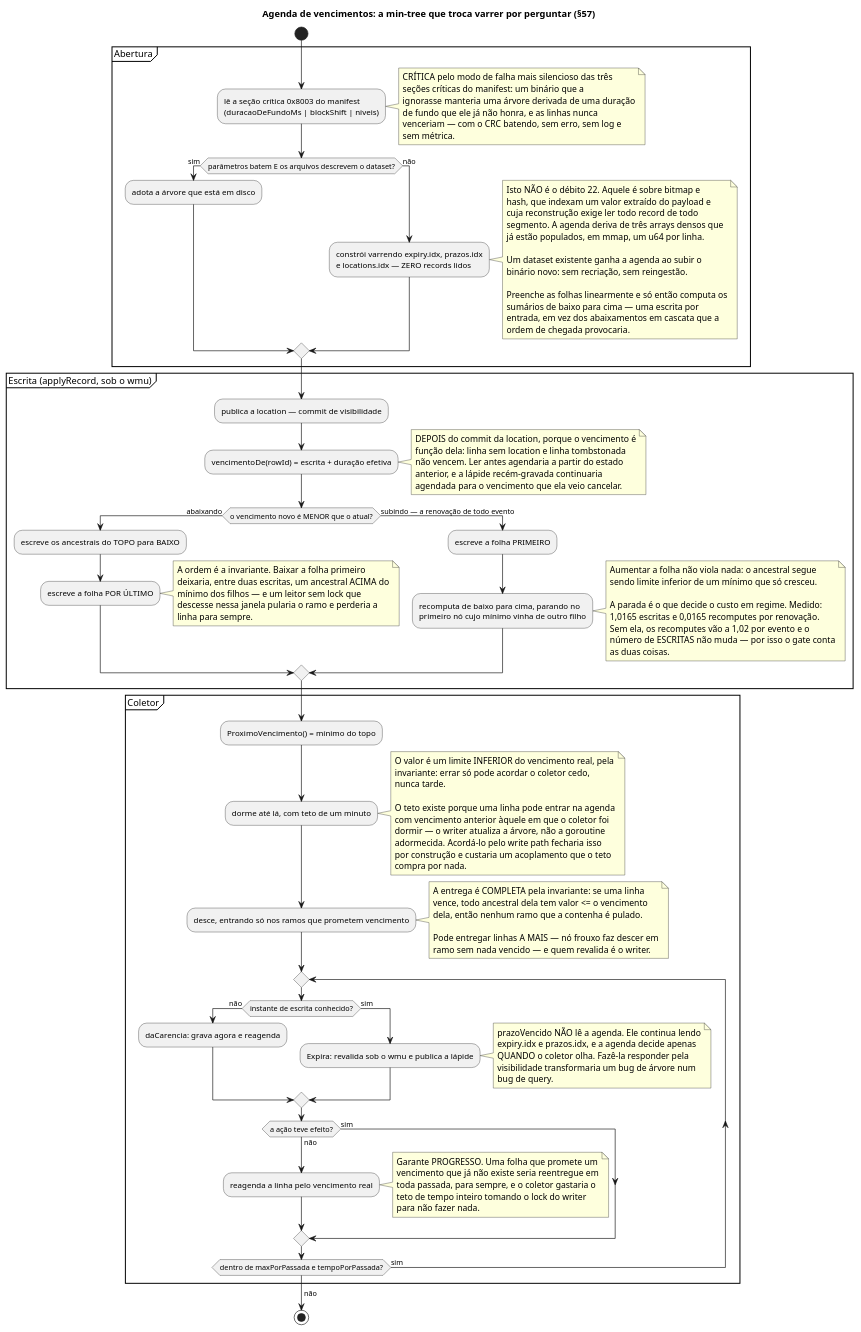
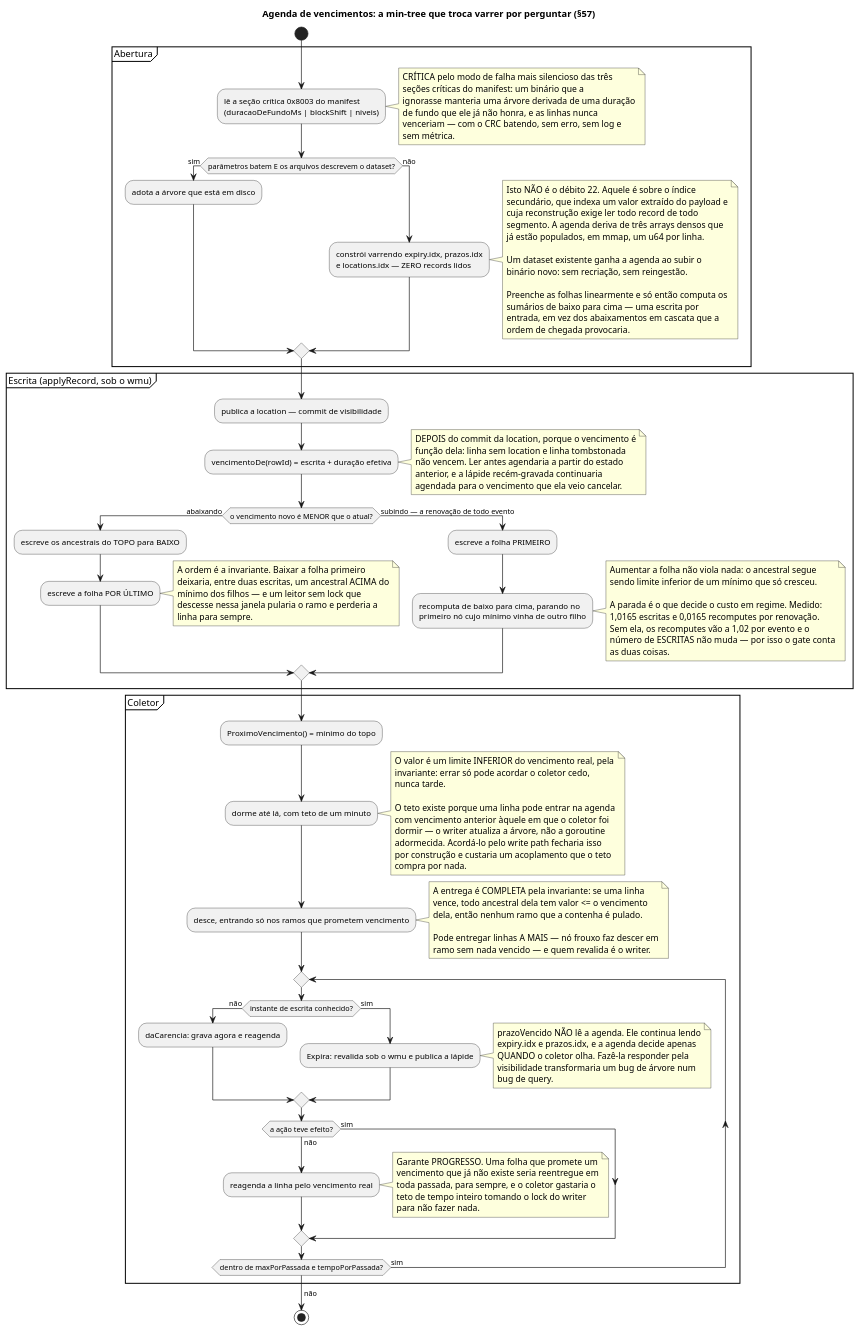
One commit to nishisan-dev/nishidb changed the diagram in docs/diagrams/expiracao_agenda.puml. Above: the diagram before and after it, drawn with PlantUML. The commit also changed 44 other files, not shown here.

```diff
--- a/docs/diagrams/expiracao_agenda.puml
+++ b/docs/diagrams/expiracao_agenda.puml
@@ -1,135 +1,135 @@
 @startuml expiracao_agenda
 title Agenda de vencimentos: a min-tree que troca varrer por perguntar (§57)
 
 start
 
 partition "Abertura" {
   :lê a seção crítica 0x8003 do manifest
   (duracaoDeFundoMs | blockShift | niveis);
   note right
     CRÍTICA pelo modo de falha mais silencioso das três
     seções críticas do manifest: um binário que a
     ignorasse manteria uma árvore derivada de uma duração
     de fundo que ele já não honra, e as linhas nunca
     venceriam — com o CRC batendo, sem erro, sem log e
     sem métrica.
   end note
 
   if (parâmetros batem E os arquivos descrevem o dataset?) then (sim)
     :adota a árvore que está em disco;
   else (não)
     :constrói varrendo expiry.idx, prazos.idx
     e locations.idx — ZERO records lidos;
     note right
-      Isto NÃO é o débito 22. Aquele é sobre bitmap e
-      hash, que indexam um valor extraído do payload e
+      Isto NÃO é o débito 22. Aquele é sobre o índice
+      secundário, que indexa um valor extraído do payload e
       cuja reconstrução exige ler todo record de todo
       segmento. A agenda deriva de três arrays densos que
       já estão populados, em mmap, um u64 por linha.
 
       Um dataset existente ganha a agenda ao subir o
       binário novo: sem recriação, sem reingestão.
 
       Preenche as folhas linearmente e só então computa os
       sumários de baixo para cima — uma escrita por
       entrada, em vez dos abaixamentos em cascata que a
       ordem de chegada provocaria.
     end note
   endif
 }
 
 partition "Escrita (applyRecord, sob o wmu)" {
   :publica a location — commit de visibilidade;
   :vencimentoDe(rowId) = escrita + duração efetiva;
   note right
     DEPOIS do commit da location, porque o vencimento é
     função dela: linha sem location e linha tombstonada
     não vencem. Ler antes agendaria a partir do estado
     anterior, e a lápide recém-gravada continuaria
     agendada para o vencimento que ela veio cancelar.
   end note
 
   if (o vencimento novo é MENOR que o atual?) then (abaixando)
     :escreve os ancestrais do TOPO para BAIXO;
     :escreve a folha POR ÚLTIMO;
     note right
       A ordem é a invariante. Baixar a folha primeiro
       deixaria, entre duas escritas, um ancestral ACIMA do
       mínimo dos filhos — e um leitor sem lock que
       descesse nessa janela pularia o ramo e perderia a
       linha para sempre.
     end note
   else (subindo — a renovação de todo evento)
     :escreve a folha PRIMEIRO;
     :recomputa de baixo para cima, parando no
     primeiro nó cujo mínimo vinha de outro filho;
     note right
       Aumentar a folha não viola nada: o ancestral segue
       sendo limite inferior de um mínimo que só cresceu.
 
       A parada é o que decide o custo em regime. Medido:
       1,0165 escritas e 0,0165 recomputes por renovação.
       Sem ela, os recomputes vão a 1,02 por evento e o
       número de ESCRITAS não muda — por isso o gate conta
       as duas coisas.
     end note
   endif
 }
 
 partition "Coletor" {
   :ProximoVencimento() = mínimo do topo;
   :dorme até lá, com teto de um minuto;
   note right
     O valor é um limite INFERIOR do vencimento real, pela
     invariante: errar só pode acordar o coletor cedo,
     nunca tarde.
 
     O teto existe porque uma linha pode entrar na agenda
     com vencimento anterior àquele em que o coletor foi
     dormir — o writer atualiza a árvore, não a goroutine
     adormecida. Acordá-lo pelo write path fecharia isso
     por construção e custaria um acoplamento que o teto
     compra por nada.
   end note
 
   :desce, entrando só nos ramos que prometem vencimento;
   note right
     A entrega é COMPLETA pela invariante: se uma linha
     vence, todo ancestral dela tem valor <= o vencimento
     dela, então nenhum ramo que a contenha é pulado.
 
     Pode entregar linhas A MAIS — nó frouxo faz descer em
     ramo sem nada vencido — e quem revalida é o writer.
   end note
 
   repeat
     if (instante de escrita conhecido?) then (não)
       :daCarencia: grava agora e reagenda;
     else (sim)
       :Expira: revalida sob o wmu e publica a lápide;
       note right
         prazoVencido NÃO lê a agenda. Ele continua lendo
         expiry.idx e prazos.idx, e a agenda decide apenas
         QUANDO o coletor olha. Fazê-la responder pela
         visibilidade transformaria um bug de árvore num
         bug de query.
       end note
     endif
     if (a ação teve efeito?) then (não)
       :reagenda a linha pelo vencimento real;
       note right
         Garante PROGRESSO. Uma folha que promete um
         vencimento que já não existe seria reentregue em
         toda passada, para sempre, e o coletor gastaria o
         teto de tempo inteiro tomando o lock do writer
         para não fazer nada.
       end note
     else (sim)
     endif
   repeat while (dentro de maxPorPassada e tempoPorPassada?) is (sim)
   -> não;
 }
 
 stop
 
 @enduml
```
